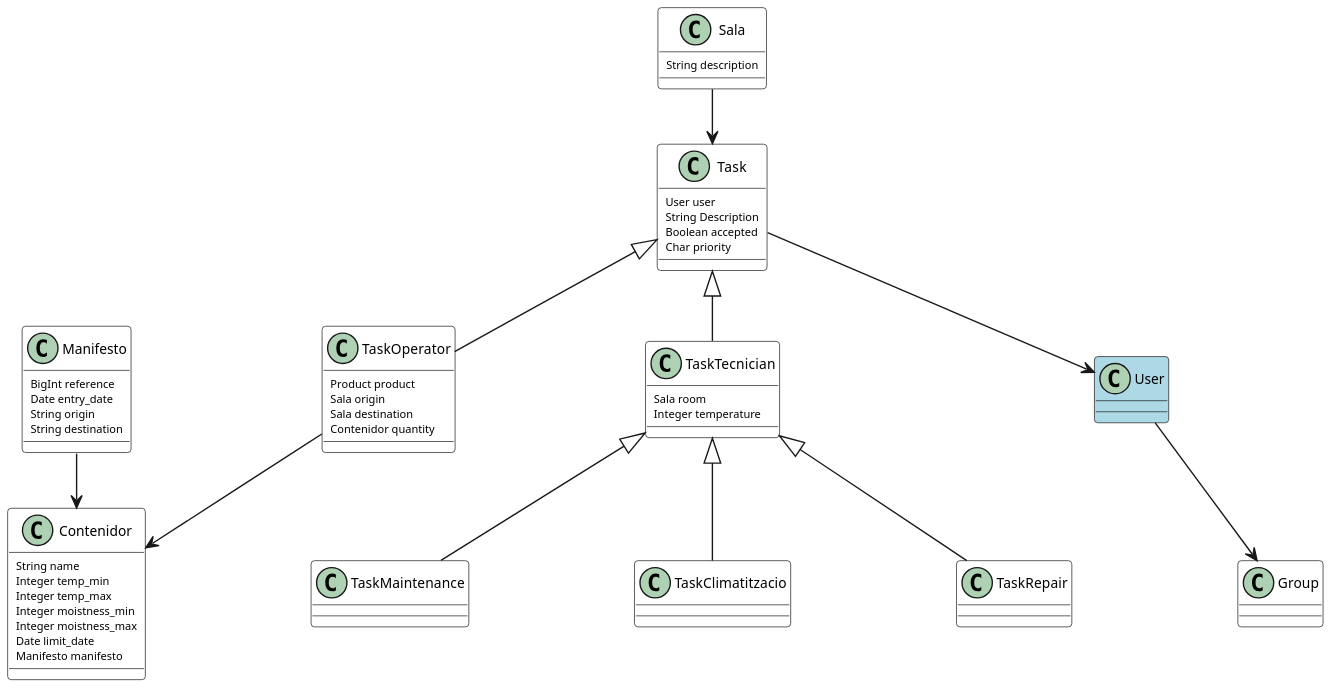
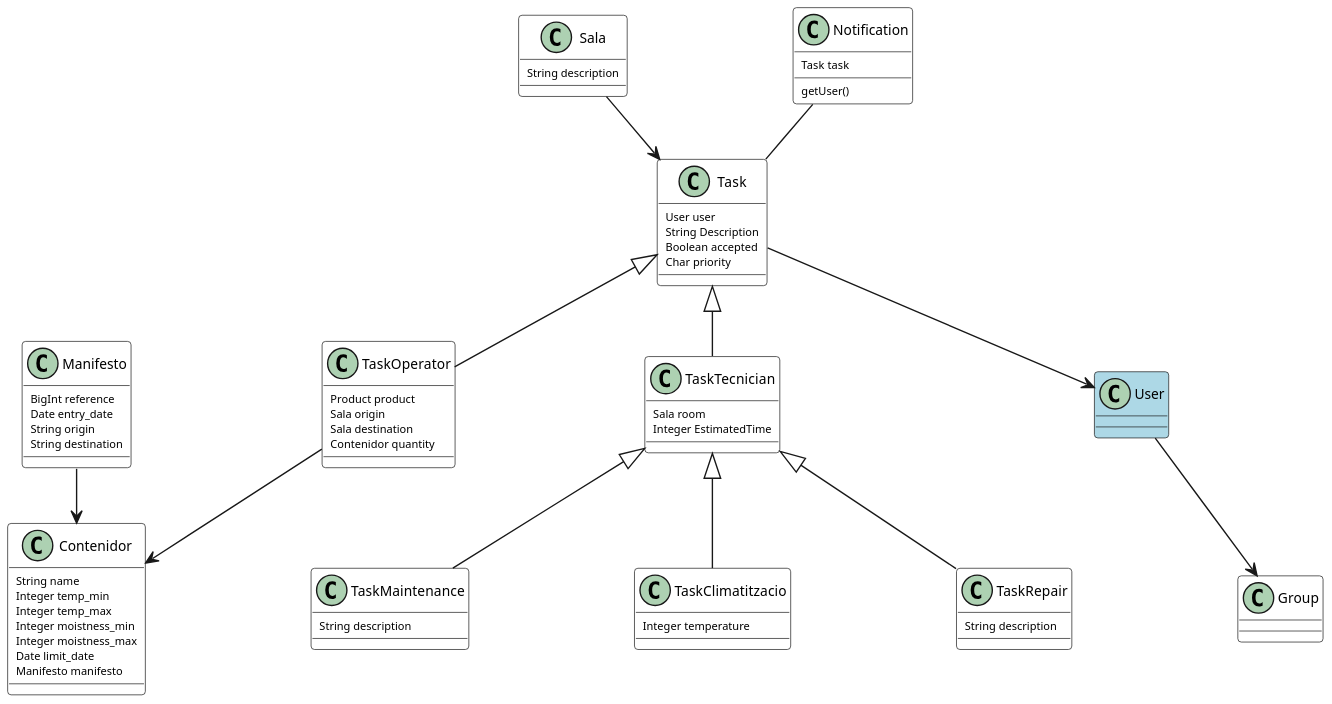
One commit to grup3software/JointProject changed the diagram in uml.puml. Above: the diagram before and after it, drawn with PlantUML.

Commit message:
modified uml

```diff
--- a/uml.puml
+++ b/uml.puml
@@ -1,82 +1,89 @@
 @startuml
 scale 800*800
 skinparam dpi 200
 skinparam classAttributeFontSize 8
 skinparam classArrowFontSize 9
 skinparam classFontSize 10
 skinparam nodesep 120
 skinparam ranksep 40
 hide stereotype
 skinparam class {
 	BackgroundColor White
 	BackgroundColor<<User>> LightBlue
 	BackgroundColor<<Card>> LightYellow
 }
 
 class Task <<Task>> {
     User user
     String Description
     Boolean accepted
     Char priority
 }
 
 class TaskOperator <<Task>> extends Task {
     Product product
     Sala origin
     Sala destination
     Contenidor quantity
 }
 
 class TaskTecnician <<Task>> extends Task {
     Sala room
+    Integer EstimatedTime
+}
+
+class TaskMaintenance <<TaskTecnician>> extends TaskTecnician {
+    String description
+}
+
+class TaskClimatitzacio <<TaskTecnician>> extends TaskTecnician {
     Integer temperature
 }
 
-class TaskMaintenance <<TaskTecnician>> extends TaskTecnician {
-
-}
-
-class TaskClimatitzacio <<TaskTecnician>> extends TaskTecnician {
-
-}
-
 class TaskRepair <<TaskTecnician>> extends TaskTecnician {
-
+    String description
 }
 
 class Sala <<Sala>> {
     String description
 }
 
 class Contenidor <<Contenidor>> {
     String name
     Integer temp_min
     Integer temp_max
     Integer moistness_min
     Integer moistness_max
     Date limit_date
     Manifesto manifesto
 }
 
 class Manifesto <<Manifisto>> {
     BigInt reference
     Date entry_date
     String origin
     String destination
 }
 
 class User <<User>> {
 
 }
 
 class Group <<Group>> {
 
 }
 
+class Notification <<Notification>> {
+    Task task
+    getUser()
+}
+
 TaskOperator --> Contenidor
 Sala --> Task
 Manifesto --> Contenidor
 User --> Group
 Task --> User
+Notification -- Task
+'Notification -- User
 
 @enduml
```
